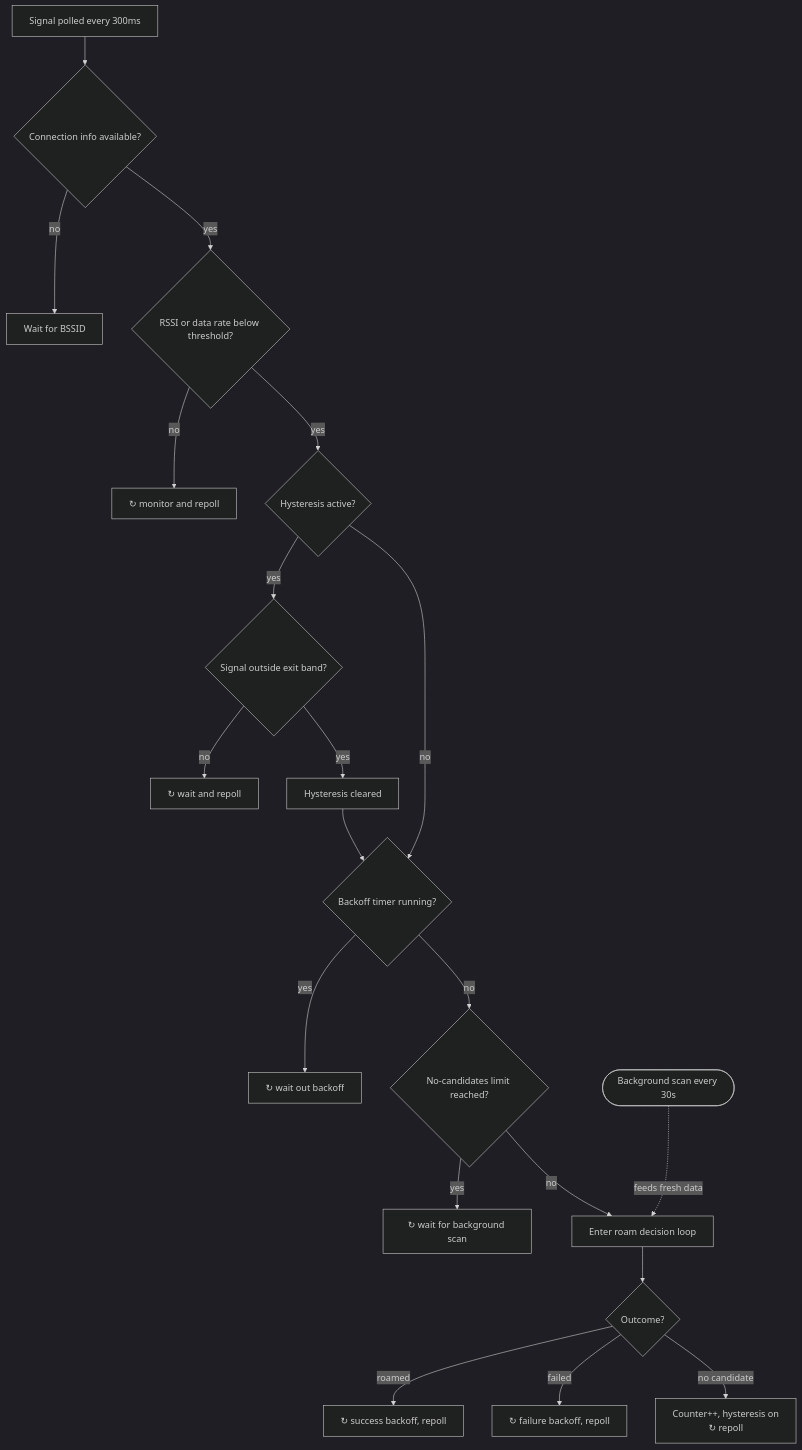
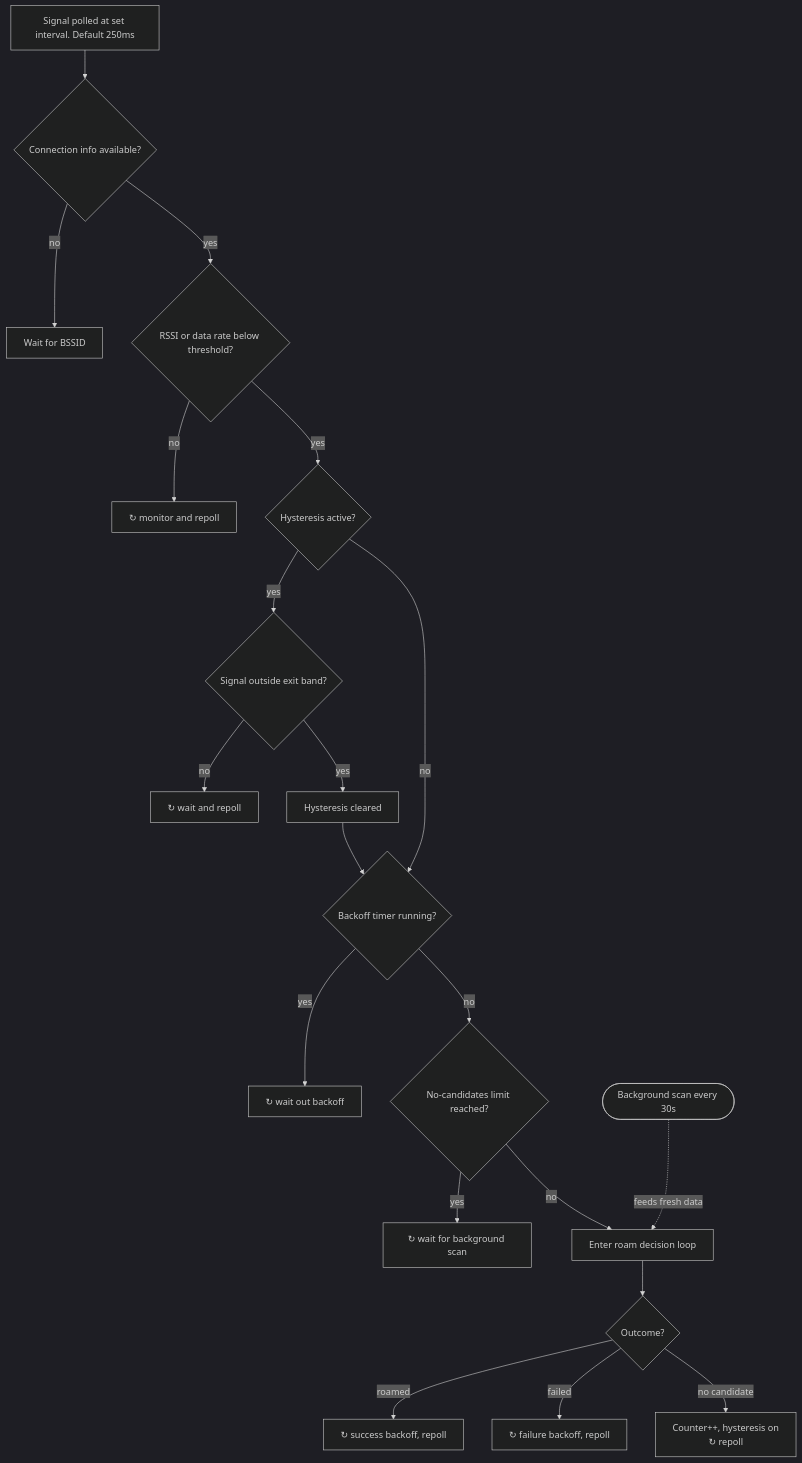
The diagram in docs/algorithm-chart.md (jwil007/roamctl), drawn with Mermaid (dark theme) before and after one commit. The commit also changed 3 other files, not shown here.

Commit message:
Remove unused func in process.go, fix link to chart in readme, edit default template

````diff
--- a/docs/algorithm-chart.md
+++ b/docs/algorithm-chart.md
@@ -1,22 +1,22 @@
 ```mermaid
 flowchart TD
-    A[Signal polled every 300ms] --> B{Connection info available?}
+    A[Signal polled at set interval. Default 250ms] --> B{Connection info available?}
     B -- no --> C[Wait for BSSID]
     B -- yes --> D{RSSI or data rate below threshold?}
     D -- no --> E[↻ monitor and repoll]
     D -- yes --> F{Hysteresis active?}
     F -- yes --> G{Signal outside exit band?}
     G -- no --> H[↻ wait and repoll]
     G -- yes --> I[Hysteresis cleared]
     I --> J
     F -- no --> J{Backoff timer running?}
     J -- yes --> K[↻ wait out backoff]
     J -- no --> L{No-candidates limit reached?}
     L -- yes --> M[↻ wait for background scan]
     L -- no --> N[Enter roam decision loop]
     N --> O{Outcome?}
     O -- roamed --> P[↻ success backoff, repoll]
     O -- failed --> Q[↻ failure backoff, repoll]
     O -- no candidate --> R[Counter++, hysteresis on\n↻ repoll]
     S([Background scan every 30s]) -.->|feeds fresh data| N
 ```
````
